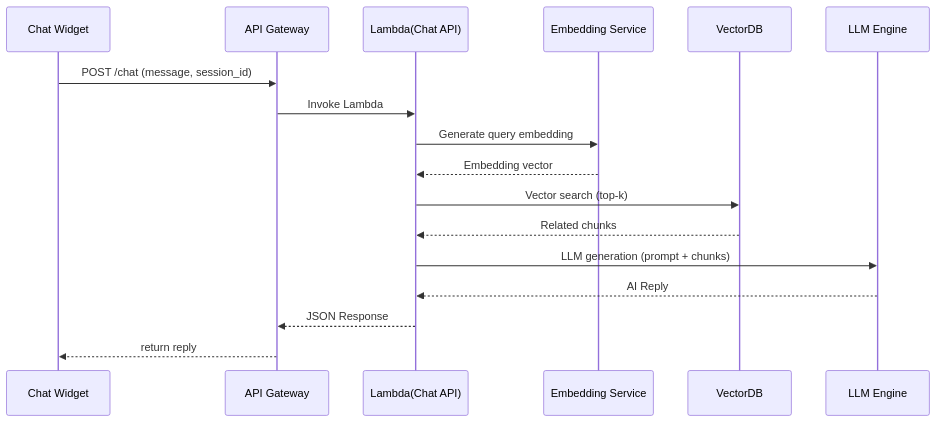
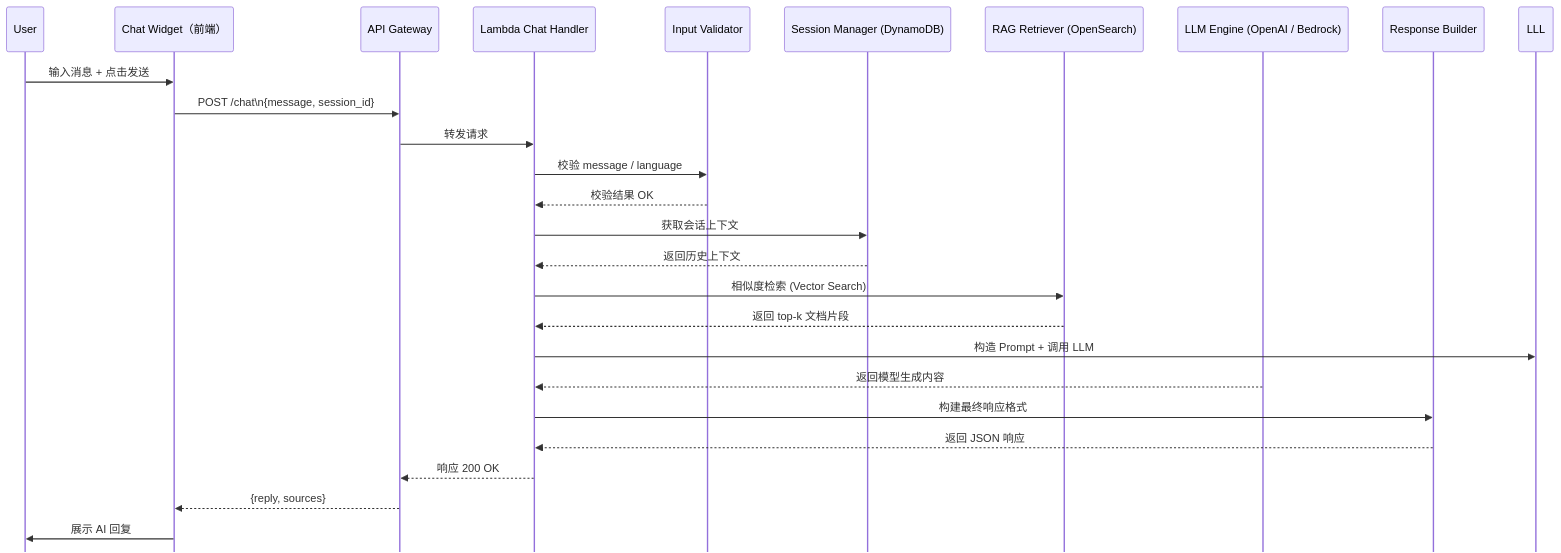
Before and after one commit to SONG-36/AstraChat: the fourth of 4 diagrams in 01doces/03_详细设计文档.md, drawn with Mermaid. The commit also changed other lines of this file and 1 other file, not shown here.

````diff
--- a/01doces/03_详细设计文档.md
+++ b/01doces/03_详细设计文档.md
@@ -155,21 +253,39 @@
 ```mermaid
+%%{init: {'theme':'default', 'flowchart': {'curve': 'linear'}, 'sequence': {'mirrorActors': false, 'width':50}}}%%
 sequenceDiagram
-participant FE as Chat Widget
-participant API as API Gateway
-participant L as Lambda(Chat API)
-participant E as Embedding Service
-participant R as VectorDB
-participant M as LLM Engine
+    participant User as User
+    participant Widget as Chat Widget（前端）
+    participant APIGW as API Gateway
+    participant Lambda as Lambda Chat Handler
+    participant Validator as Input Validator
+    participant Session as Session Manager (DynamoDB)
+    participant Retriever as RAG Retriever (OpenSearch)
+    participant LLM as LLM Engine (OpenAI / Bedrock)
+    participant Builder as Response Builder
 
+    User ->> Widget: 输入消息 + 点击发送
+    Widget ->> APIGW: POST /chat\n{message, session_id}
 
-FE->>API: POST /chat (message, session_id)
-API->>L: Invoke Lambda
-L->>E: Generate query embedding
-E-->>L: Embedding vector
-L->>R: Vector search (top-k)
-R-->>L: Related chunks
-L->>M: LLM generation (prompt + chunks)
-M-->>L: AI Reply
-L-->>API: JSON Response
-API-->>FE: return reply
+    APIGW ->> Lambda: 转发请求
+
+    Lambda ->> Validator: 校验 message / language
+    Validator -->> Lambda: 校验结果 OK
+
+    Lambda ->> Session: 获取会话上下文
+    Session -->> Lambda: 返回历史上下文
+
+    Lambda ->> Retriever: 相似度检索 (Vector Search)
+    Retriever -->> Lambda: 返回 top-k 文档片段
+
+    Lambda ->> LLL: 构造 Prompt + 调用 LLM
+    LLM -->> Lambda: 返回模型生成内容
+
+    Lambda ->> Builder: 构建最终响应格式
+    Builder -->> Lambda: 返回 JSON 响应
+
+    Lambda -->> APIGW: 响应 200 OK
+    APIGW -->> Widget: {reply, sources}
+
+    Widget ->> User: 展示 AI 回复
+
 ```
````
